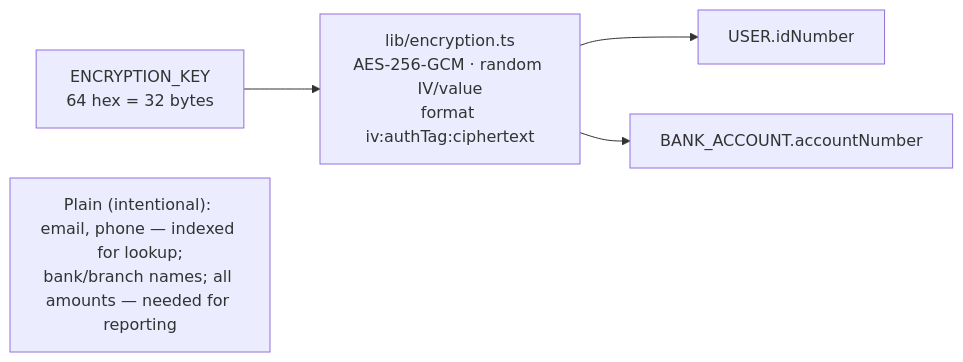
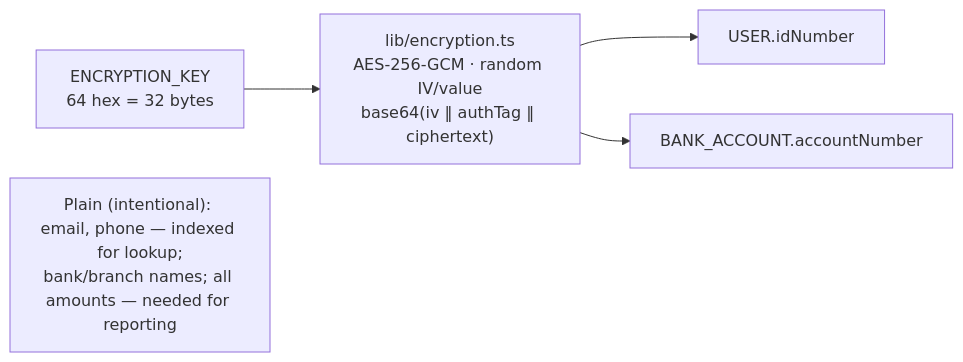
The fifth of 5 diagrams in docs/database/01-erd.md (KSDRILL-SA/Xkimi-Xa-Mali), drawn with Mermaid before and after one commit. The commit also changed 40 other files, not shown here.

````diff
--- a/docs/database/01-erd.md
+++ b/docs/database/01-erd.md
@@ -174,7 +174,7 @@
 ```mermaid
 flowchart LR
-    KEY["ENCRYPTION_KEY<br/>64 hex = 32 bytes"] --> ENC["lib/encryption.ts<br/>AES-256-GCM · random IV/value<br/>format iv:authTag:ciphertext"]
+    KEY["ENCRYPTION_KEY<br/>64 hex = 32 bytes"] --> ENC["lib/encryption.ts<br/>AES-256-GCM · random IV/value<br/>base64(iv ‖ authTag ‖ ciphertext)"]
     ENC --> F1["USER.idNumber"]
     ENC --> F2["BANK_ACCOUNT.accountNumber"]
     PLAIN["Plain (intentional): email, phone — indexed for lookup;<br/>bank/branch names; all amounts — needed for reporting"]
 ```
````
